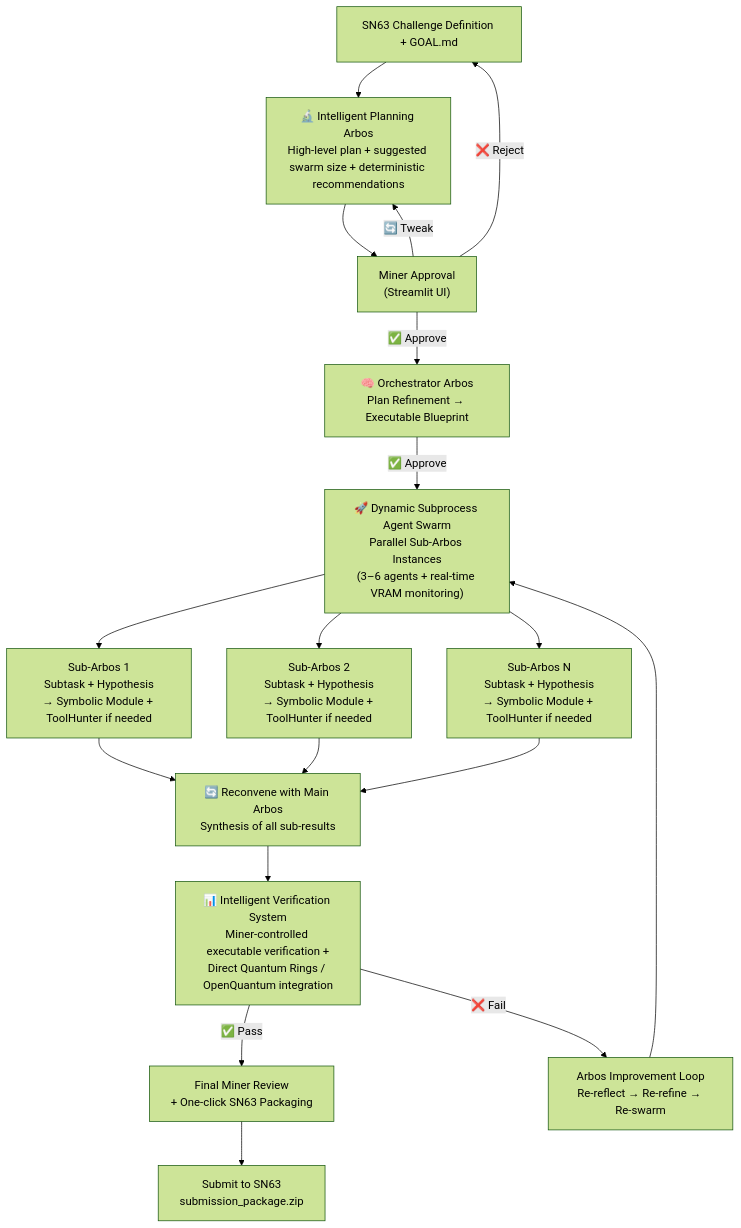
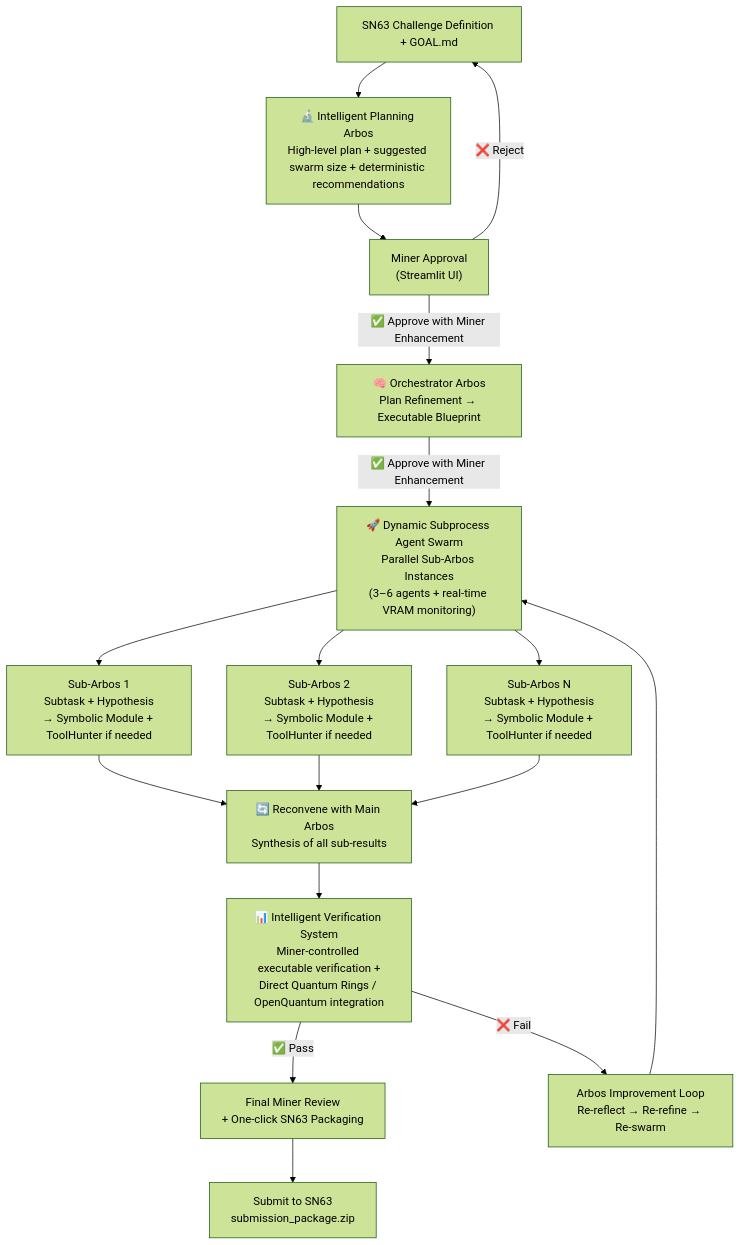
Before and after one commit to jbequ5/SAGE-Enigma-Subnet: the diagram in README.md, drawn with Mermaid (forest theme). The commit also changed other lines of this file, not shown here.

````diff
--- a/README.md
+++ b/README.md
@@ -11,27 +9,26 @@
 ```mermaid
 flowchart TD
     A["SN63 Challenge Definition + GOAL.md"] 
     --> B["🔬 Intelligent Planning Arbos<br/>High-level plan + suggested swarm size + deterministic recommendations"]
 
     B --> C["Miner Approval<br/>(Streamlit UI)"]
-    C -->|"✅ Approve"| D["🧠 Orchestrator Arbos<br/>Plan Refinement → Executable Blueprint"]
-    C -->|"🔄 Tweak"| B
+    C -->|"✅ Approve with Miner Enhancement"| D["🧠 Orchestrator Arbos<br/>Plan Refinement → Executable Blueprint"]
     C -->|"❌ Reject"| A
 
-    D -->|"✅ Approve"| E["🚀 Dynamic Subprocess Agent Swarm<br/>Parallel Sub-Arbos Instances<br/>(3–6 agents + real-time VRAM monitoring)"]
+    D -->|"✅ Approve with Miner Enhancement"| E["🚀 Dynamic Subprocess Agent Swarm<br/>Parallel Sub-Arbos Instances<br/>(3–6 agents + real-time VRAM monitoring)"]
 
     E --> F1["Sub-Arbos 1<br/>Subtask + Hypothesis<br/>→ Symbolic Module + ToolHunter if needed"]
     E --> F2["Sub-Arbos 2<br/>Subtask + Hypothesis<br/>→ Symbolic Module + ToolHunter if needed"]
     E --> FN["Sub-Arbos N<br/>Subtask + Hypothesis<br/>→ Symbolic Module + ToolHunter if needed"]
 
     F1 & F2 & FN --> G["🔄 Reconvene with Main Arbos<br/>Synthesis of all sub-results"]
 
     G --> H["📊 Intelligent Verification System<br/>Miner-controlled executable verification +<br/>Direct Quantum Rings / OpenQuantum integration"]
 
     H -->|"✅ Pass"| I["Final Miner Review<br/>+ One-click SN63 Packaging"]
     H -->|"❌ Fail"| J["Arbos Improvement Loop<br/>Re-reflect → Re-refine → Re-swarm"]
 
     J --> E
 
     I --> K["Submit to SN63<br/>submission_package.zip"]
 ```
````
